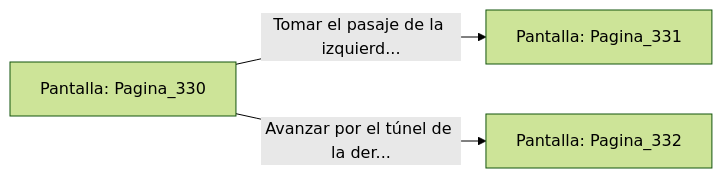
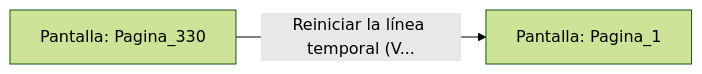
One commit to metsuke/mpl changed the diagram in sample/eligejuego-vault/Pantalla_Pagina_330.md. Above: the diagram before and after it, drawn with Mermaid (forest theme). The commit also changed other lines of this file and 635 other files, not shown here.

First line of the commit message:
fix: añadir Pagina_1 como pantalla inicial en capitulo_01.mpl

````diff
--- a/sample/eligejuego-vault/Pantalla_Pagina_330.md
+++ b/sample/eligejuego-vault/Pantalla_Pagina_330.md
@@ -20,6 +17,5 @@
 ```mermaid
 graph LR
     P_Pagina_330["Pantalla: Pagina_330"]
-    P_Pagina_330 -->|"Tomar el pasaje de la izquierd..."| P_Pagina_331["Pantalla: Pagina_331"]
-    P_Pagina_330 -->|"Avanzar por el túnel de la der..."| P_Pagina_332["Pantalla: Pagina_332"]
+    P_Pagina_330 -->|"Reiniciar la línea temporal (V..."| P_Pagina_1["Pantalla: Pagina_1"]
 ```
````
